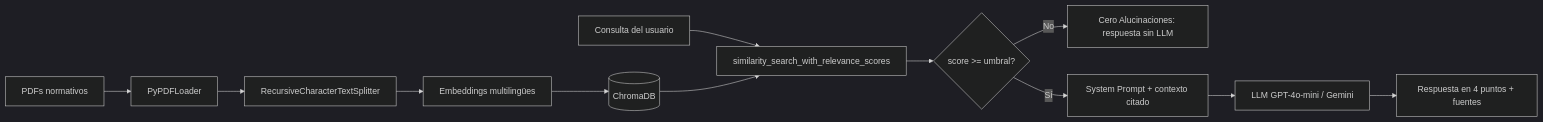
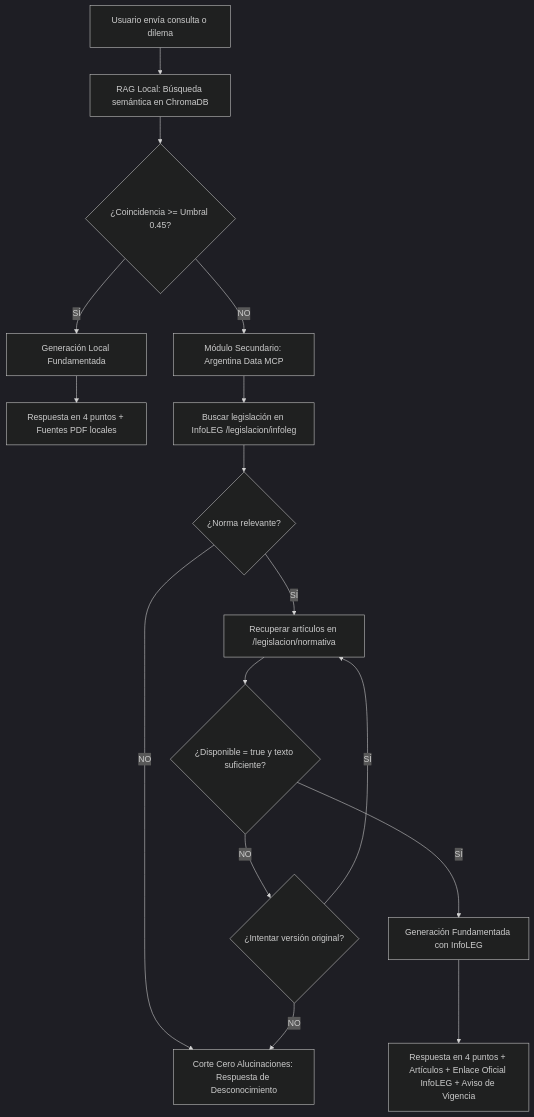
Before and after one commit to AndresCardenas05/AgoraIA: the diagram in README.md, drawn with Mermaid (dark theme). The commit also changed other lines of this file, not shown here.

Commit message:
Explicación del nuevo módulo

````diff
--- a/README.md
+++ b/README.md
@@ -39,14 +49,23 @@
 ```mermaid
-flowchart LR
-    A[PDFs normativos] --> B[PyPDFLoader]
-    B --> C[RecursiveCharacterTextSplitter]
-    C --> D[Embeddings multilingües]
-    D --> E[(ChromaDB)]
-    U[Consulta del usuario] --> F[similarity_search_with_relevance_scores]
-    E --> F
-    F --> G{score >= umbral?}
-    G -- No --> H[Cero Alucinaciones: respuesta sin LLM]
-    G -- Sí --> I[System Prompt + contexto citado]
-    I --> J[LLM GPT-4o-mini / Gemini]
-    J --> K[Respuesta en 4 puntos + fuentes]
+flowchart TD
+    U[Usuario envía consulta o dilema] --> R[RAG Local: Búsqueda semántica en ChromaDB]
+    R --> T{¿Coincidencia >= Umbral 0.45?}
+    
+    T -- SÍ --> GEN_LOCAL[Generación Local Fundamentada]
+    GEN_LOCAL --> RESP_LOCAL[Respuesta en 4 puntos + Fuentes PDF locales]
+    
+    T -- NO --> AD[Módulo Secundario: Argentina Data MCP]
+    AD --> AD_SEARCH[Buscar legislación en InfoLEG /legislacion/infoleg]
+    AD_SEARCH --> REL{¿Norma relevante?}
+    
+    REL -- NO --> OUT[Corte Cero Alucinaciones: Respuesta de Desconocimiento]
+    REL -- SÍ --> AD_FETCH[Recuperar artículos en /legislacion/normativa]
+    AD_FETCH --> DISP{¿Disponible = true y texto suficiente?}
+    
+    DISP -- NO --> RETRY{¿Intentar versión original?}
+    RETRY -- SÍ --> AD_FETCH
+    RETRY -- NO --> OUT
+    
+    DISP -- SÍ --> GEN_EXT[Generación Fundamentada con InfoLEG]
+    GEN_EXT --> RESP_EXT[Respuesta en 4 puntos + Artículos + Enlace Oficial InfoLEG + Aviso de Vigencia]
 ```
````
